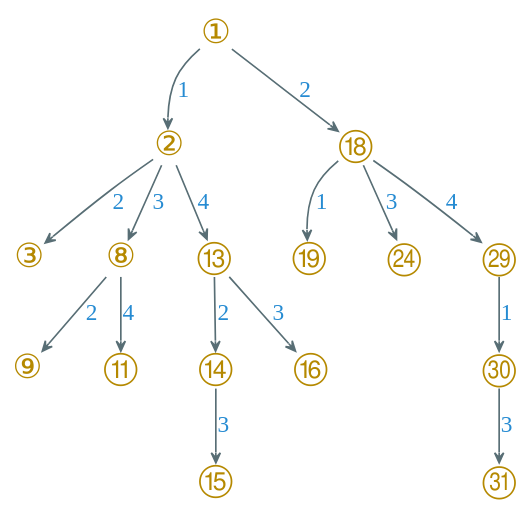
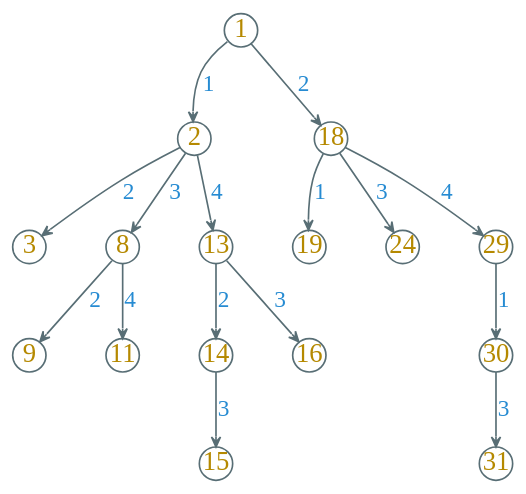
One commit to Avanti1980/course-alg changed the diagram in dot/four-queen-solve6.dot. Above: the diagram before and after it, drawn with Graphviz. The commit also changed 10 other files, not shown here.

```diff
--- a/dot/four-queen-solve6.dot
+++ b/dot/four-queen-solve6.dot
@@ -1,29 +1,29 @@
 digraph g {
     bgcolor=transparent
     rankdir=TB
     graph [nodesep=0.5, ranksep=0.4]
-    node [shape=plain, color="#586e75", fontcolor="#b58900", fontsize=20, fontname="LXGWWenKai"]
+    node [shape=circle, fixedsize=true, width=0.28, color="#586e75", fontcolor="#b58900", fontsize=16, fontname="LXGWWenKai"]
     edge [arrowhead=vee, color="#586e75", fontcolor="#268bd2", fontsize=14, fontname="LXGWWenKai" arrowsize=0.6]
 
-    ① -> ② [label="1"]
+    1 -> 2 [label="1"]
 
-    ② -> ③ [label="2"]
-    ② -> ⑧ [label="3"]
-    ② -> ⑬ [label="4"]
+    2 -> 3 [label="2"]
+    2 -> 8 [label="3"]
+    2 -> 13 [label="4"]
 
-    ⑧ -> ⑨ [label="2"]
-    ⑧ -> ⑪ [label="4"]
+    8 -> 9 [label="2"]
+    8 -> 11 [label="4"]
 
-    ⑬ -> ⑭ [label="2"]
-    ⑭ -> ⑮ [label="3"]
-    ⑬ -> ⑯ [label="3"]
+    13 -> 14 [label="2"]
+    14 -> 15 [label="3"]
+    13 -> 16 [label="3"]
 
-    ① -> ⑱ [label="2"]
-    ⑱ -> ⑲ [label="1"]
+    1 -> 18 [label="2"]
+    18 -> 19 [label="1"]
 
-    ⑱ -> ㉔ [label="3"]
-    ⑱ -> ㉙ [label="4"]
-    ㉙ -> ㉚ [label="1"]
+    18 -> 24 [label="3"]
+    18 -> 29 [label="4"]
+    29 -> 30 [label="1"]
 
-    ㉚ -> ㉛ [label="3"]
+    30 -> 31 [label="3"]
 }
```
